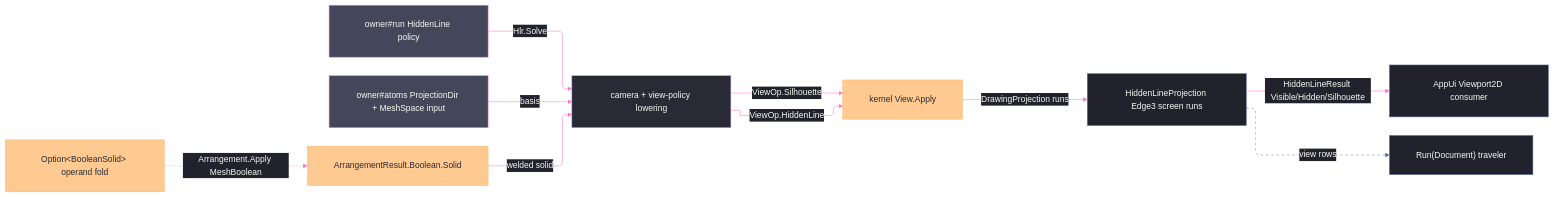
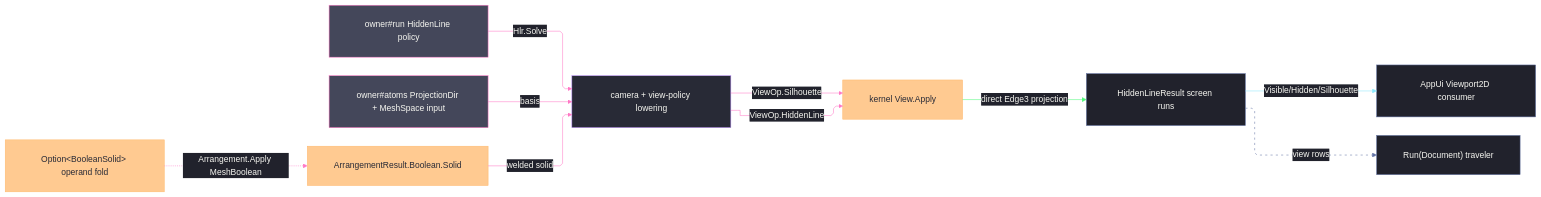
One commit to bsamiee/Rasm changed the diagram in libs/csharp/Rasm.Fabrication/.planning/Documentation/projection.md. Above: the diagram before and after it, drawn with Mermaid. The commit also changed other lines of this file and 128 other files, not shown here.

````diff
--- a/libs/csharp/Rasm.Fabrication/.planning/Documentation/projection.md
+++ b/libs/csharp/Rasm.Fabrication/.planning/Documentation/projection.md
@@ -97,48 +100,50 @@
 ```mermaid
 ---
 config:
   theme: base
   look: classic
   layout: elk
   flowchart:
     curve: linear
     padding: 25
   themeVariables:
     darkMode: true
     fontFamily: "SF Mono, Menlo, Cascadia Mono, Segoe UI Mono, Consolas, monospace"
     useGradient: false
     dropShadow: "none"
     background: "#282A36"
     primaryColor: "#44475A"
     primaryTextColor: "#F8F8F2"
     primaryBorderColor: "#BD93F9"
     mainBkg: "#44475A"
     nodeBorder: "#BD93F9"
     lineColor: "#FF79C6"
     textColor: "#F8F8F2"
     edgeLabelBackground: "#21222C"
     labelBackgroundColor: "#21222C"
   themeCSS: ".nodeLabel{font-size:13px;font-weight:500}.edgeLabel{font-size:12px;font-weight:500}.edge-thickness-normal{stroke-width:2px}.edge-thickness-thick{stroke-width:3px}.edge-pattern-dashed,.edge-pattern-dotted{stroke-width:1.5px;stroke-dasharray:4 6}.node rect,.node circle,.node polygon,.node path,.node .outer-path{stroke-width:1.5px;filter:none!important}.marker path{transform:scale(.8);transform-origin:5px 5px}.marker circle{transform:scale(.48);transform-origin:5px 5px}.edgeLabel rect{transform-box:fill-box;transform-origin:center;transform:scale(1.1,1.2)}"
 ---
 flowchart LR
     accTitle: Hidden-line plane seams
     accDescr: The owner policy and basis lower into the kernel camera, view policy, and two view ops; the arrangement fold prepares the watertight operand and the screen-run receipt crosses to the app shell and the traveler.
     OwnerRun["owner#run HiddenLine policy"] -->|"Hlr.Solve"| Lower["camera + view-policy lowering"]
     Atoms["owner#atoms ProjectionDir + MeshSpace input"] -->|"basis"| Lower
     Watertight["Option&lt;BooleanSolid&gt; operand fold"] -.->|"Arrangement.Apply MeshBoolean"| Arrangement["ArrangementResult.Boolean.Solid"]
     Arrangement -->|"welded solid"| Lower
     Lower -->|"ViewOp.HiddenLine"| ViewApply["kernel View.Apply"]
     Lower -->|"ViewOp.Silhouette"| ViewApply
-    ViewApply -->|"DrawingProjection runs"| Adapter["HiddenLineProjection Edge3 screen runs"]
-    Adapter -->|"HiddenLineResult Visible/Hidden/Silhouette"| AppUi["AppUi Viewport2D consumer"]
-    Adapter -.->|"view rows"| Traveler["Run(Document) traveler"]
+    ViewApply -->|"direct Edge3 projection"| Receipt["HiddenLineResult screen runs"]
+    Receipt -->|"Visible/Hidden/Silhouette"| AppUi["AppUi Viewport2D consumer"]
+    Receipt -.->|"view rows"| Traveler["Run(Document) traveler"]
     classDef primary fill:#44475A,stroke:#FF79C6,color:#F8F8F2
     classDef boundary fill:#282A36,stroke:#BD93F9,color:#F8F8F2
     classDef data fill:#FFB86CBF,stroke:#FFB86C,color:#282A36
     classDef annotation fill:#21222C,stroke:#6272A4,color:#F8F8F2
     class OwnerRun,Atoms primary
     class Lower boundary
     class Watertight,Arrangement,ViewApply data
-    class Adapter,AppUi,Traveler annotation
+    class Receipt,AppUi,Traveler annotation
+    linkStyle 6 stroke:#50FA7B,color:#F8F8F2
+    linkStyle 7 stroke:#8BE9FD,color:#F8F8F2
     linkStyle 8 stroke:#6272A4,color:#F8F8F2,stroke-dasharray:4 6
 ```
````
